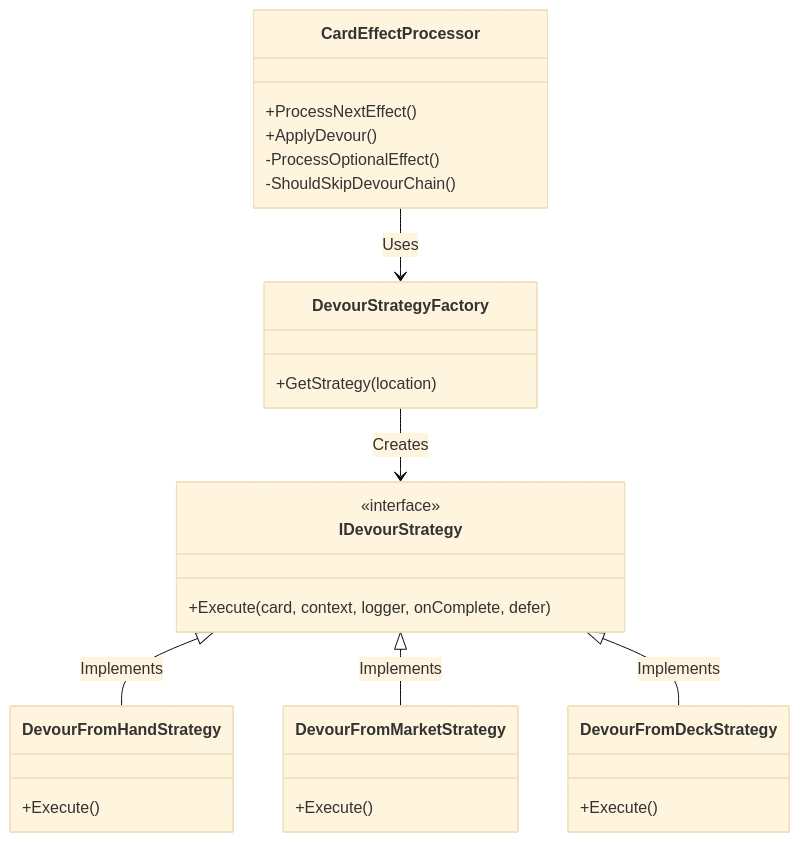
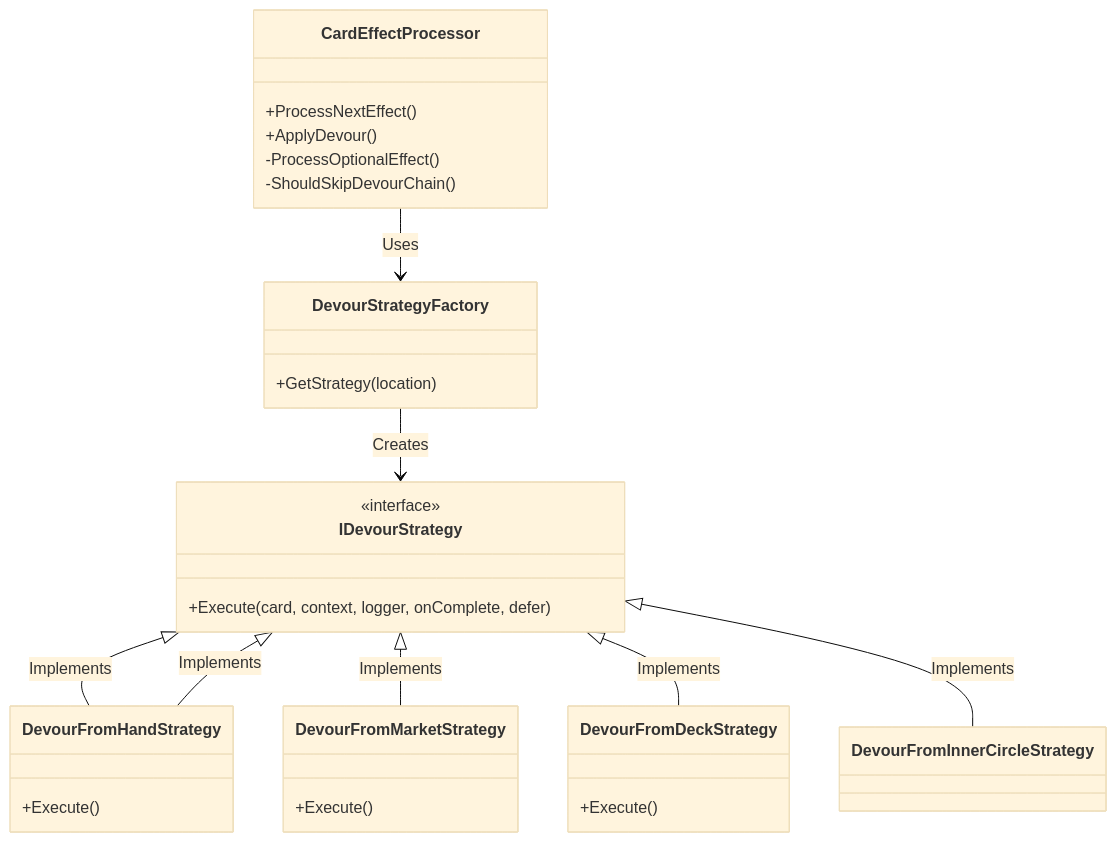
Before and after one commit to Itzoqq/ChaosWarlords: the tenth of 13 diagrams in docs/game-logic-flow.md, drawn with Mermaid (base theme). The commit also changed other lines of this file and 3 other files, not shown here.

````diff
--- a/docs/game-logic-flow.md
+++ b/docs/game-logic-flow.md
@@ -359,31 +360,33 @@
 ```mermaid
 classDiagram
     class CardEffectProcessor {
         +ProcessNextEffect()
         +ApplyDevour()
         -ProcessOptionalEffect()
         -ShouldSkipDevourChain()
     }
     class DevourStrategyFactory {
         +GetStrategy(location)
     }
     class IDevourStrategy {
         <<interface>>
         +Execute(card, context, logger, onComplete, defer)
     }
     class DevourFromHandStrategy {
         +Execute()
     }
     class DevourFromMarketStrategy {
         +Execute()
     }
     class DevourFromDeckStrategy {
         +Execute()
     }
 
     CardEffectProcessor --> DevourStrategyFactory : Uses
     DevourStrategyFactory --> IDevourStrategy : Creates
     IDevourStrategy <|-- DevourFromHandStrategy : Implements
+    IDevourStrategy <|-- DevourFromHandStrategy : Implements
     IDevourStrategy <|-- DevourFromMarketStrategy : Implements
     IDevourStrategy <|-- DevourFromDeckStrategy : Implements
+    IDevourStrategy <|-- DevourFromInnerCircleStrategy : Implements
 ```
````
